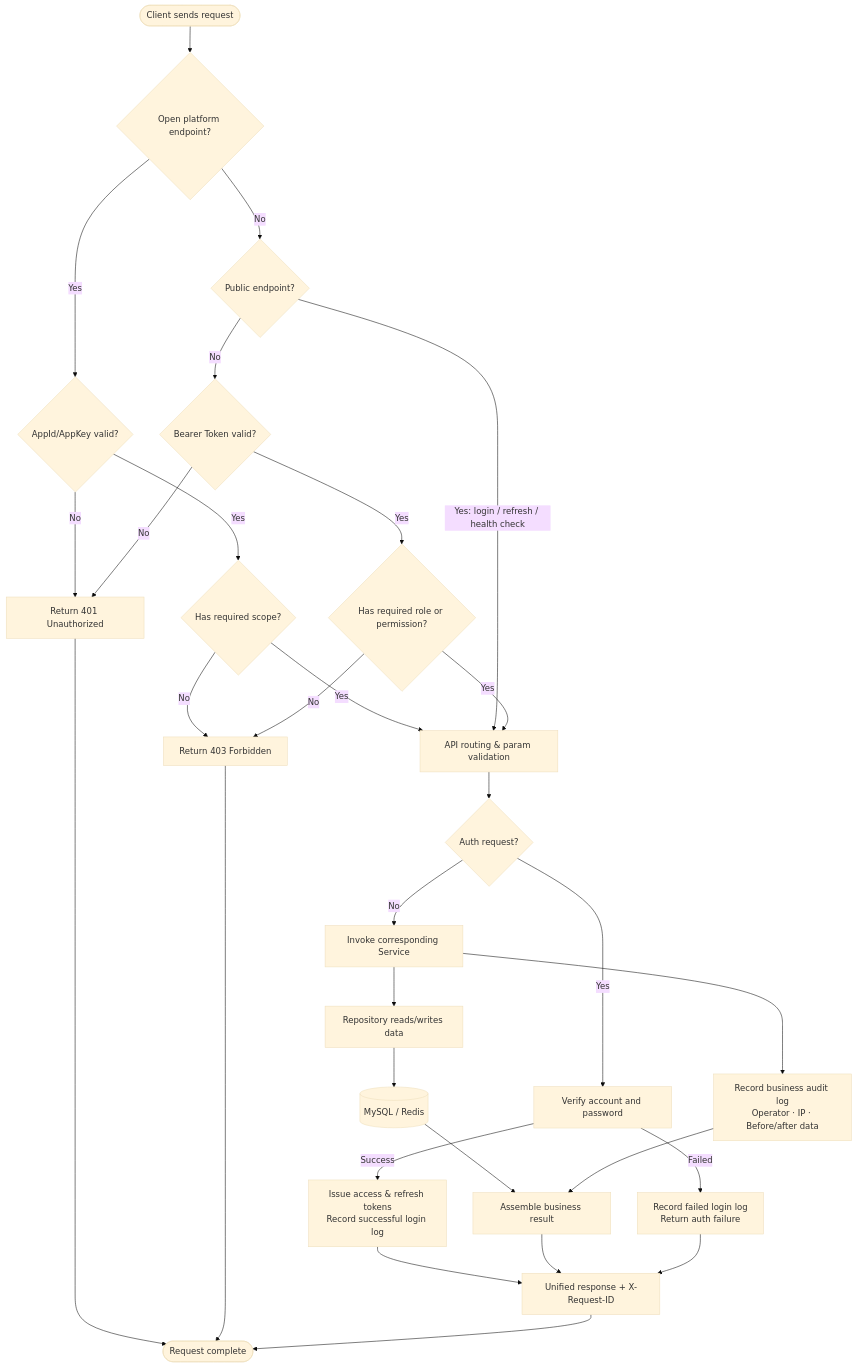
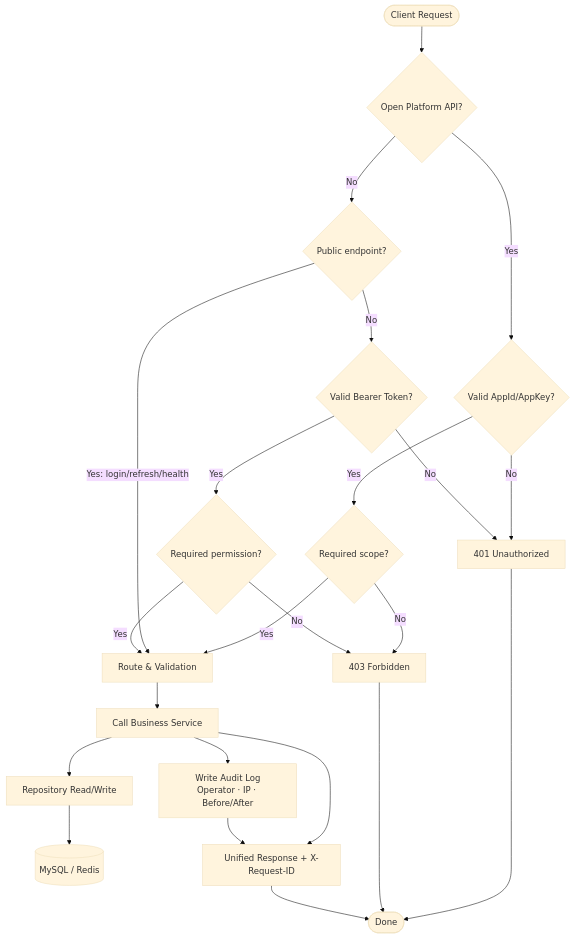
The second of 3 diagrams in server/README.en.md (cross-lang/x-HanJiang), drawn with Mermaid (base theme) before and after one commit. The commit also changed other lines of this file and 4 other files, not shown here.

````diff
--- a/server/README.en.md
+++ b/server/README.en.md
@@ -299,33 +272,26 @@
 ```mermaid
 flowchart TD
-  Start([Client sends request]) --> Open{Open platform endpoint?}
-  Open -->|Yes| AppKey{AppId/AppKey valid?}
-  AppKey -->|No| Unauthorized[Return 401 Unauthorized]
-  AppKey -->|Yes| Scope{Has required scope?}
-  Scope -->|No| Forbidden[Return 403 Forbidden]
-  Scope -->|Yes| Route[API routing & param validation]
+  Start([Client Request]) --> Open{Open Platform API?}
+  Open -->|Yes| AppKey{Valid AppId/AppKey?}
+  AppKey -->|No| Unauthorized[401 Unauthorized]
+  AppKey -->|Yes| Scope{Required scope?}
+  Scope -->|No| Forbidden[403 Forbidden]
+  Scope -->|Yes| Route[Route & Validation]
   Open -->|No| Public{Public endpoint?}
-  Public -->|Yes: login / refresh / health check| Route[API routing & param validation]
-  Public -->|No| Token{Bearer Token valid?}
-  Token -->|No| Unauthorized[Return 401 Unauthorized]
-  Token -->|Yes| Permission{Has required role or permission?}
-  Permission -->|No| Forbidden[Return 403 Forbidden]
+  Public -->|Yes: login/refresh/health| Route
+  Public -->|No| Token{Valid Bearer Token?}
+  Token -->|No| Unauthorized
+  Token -->|Yes| Permission{Required permission?}
+  Permission -->|No| Forbidden
   Permission -->|Yes| Route
 
-  Route --> Login{Auth request?}
-  Login -->|Yes| Verify[Verify account and password]
-  Verify -->|Failed| LoginFailed[Record failed login log<br/>Return auth failure]
-  Verify -->|Success| IssueToken[Issue access & refresh tokens<br/>Record successful login log]
-  Login -->|No| Service[Invoke corresponding Service]
-  Service --> Repository[Repository reads/writes data]
+  Route --> Service[Call Business Service]
+  Service --> Repository[Repository Read/Write]
   Repository --> Database[(MySQL / Redis)]
-  Service --> Audit[Record business audit log<br/>Operator · IP · Before/after data]
-  Database --> Result[Assemble business result]
-  Audit --> Result
-  IssueToken --> Response[Unified response + X-Request-ID]
-  Result --> Response
-  LoginFailed --> Response
-  Unauthorized --> End([Request complete])
+  Service --> Audit[Write Audit Log<br/>Operator · IP · Before/After]
+  Service --> Response[Unified Response + X-Request-ID]
+  Audit --> Response
+  Unauthorized --> End([Done])
   Forbidden --> End
   Response --> End
 ```
````
